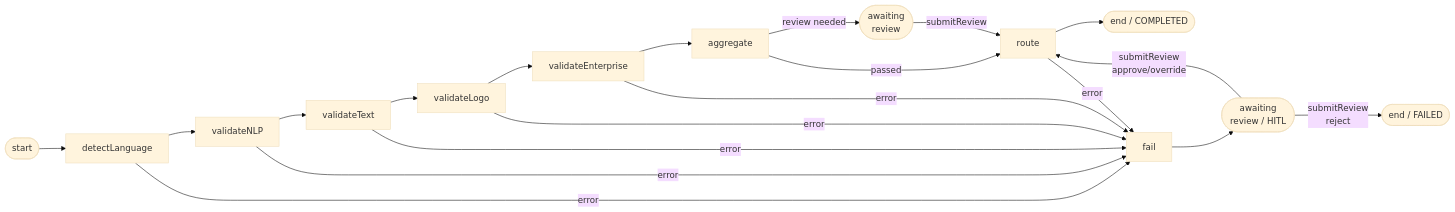
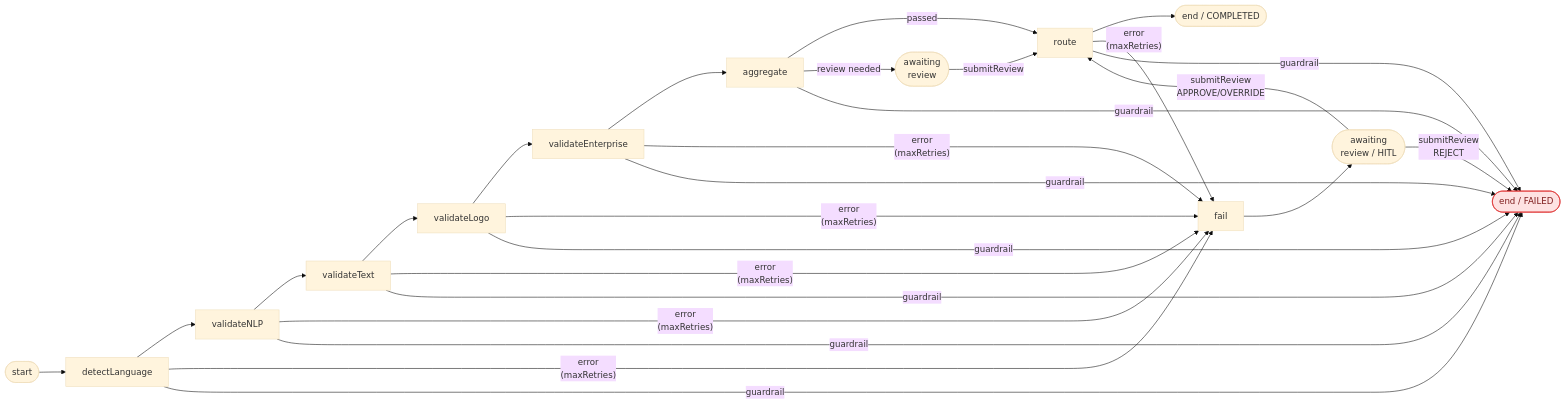
One commit to aklikic/content-validation changed the second of 2 diagrams in docs/AKKA-DESIGN.md. Above: the diagram before and after it, drawn with Mermaid (base theme). The commit also changed other lines of this file and 18 other files, not shown here.

````diff
--- a/docs/AKKA-DESIGN.md
+++ b/docs/AKKA-DESIGN.md
@@ -115,22 +115,31 @@
 ```mermaid
 flowchart LR
     S([start]) --> detectLanguage
     detectLanguage --> validateNLP
     validateNLP --> validateText
     validateText --> validateLogo
     validateLogo --> validateEnterprise
     validateEnterprise --> aggregate
     aggregate -- "passed" --> route
     aggregate -- "review needed" --> pause([awaiting\nreview])
     pause -- "submitReview" --> route
     route --> E([end / COMPLETED])
-    detectLanguage -- error --> fail
-    validateNLP -- error --> fail
-    validateText -- error --> fail
-    validateLogo -- error --> fail
-    validateEnterprise -- error --> fail
-    route -- error --> fail
+    detectLanguage -- "error\n(maxRetries)" --> fail
+    validateNLP -- "error\n(maxRetries)" --> fail
+    validateText -- "error\n(maxRetries)" --> fail
+    validateLogo -- "error\n(maxRetries)" --> fail
+    validateEnterprise -- "error\n(maxRetries)" --> fail
+    route -- "error\n(maxRetries)" --> fail
     fail --> pauseF([awaiting\nreview / HITL])
-    pauseF -- "submitReview\napprove/override" --> route
-    pauseF -- "submitReview\nreject" --> F([end / FAILED])
+    pauseF -- "submitReview\nAPPROVE/OVERRIDE" --> route
+    pauseF -- "submitReview\nREJECT" --> F([end / FAILED])
+    detectLanguage -- "guardrail" --> F
+    validateNLP -- "guardrail" --> F
+    validateText -- "guardrail" --> F
+    validateLogo -- "guardrail" --> F
+    validateEnterprise -- "guardrail" --> F
+    aggregate -- "guardrail" --> F
+    route -- "guardrail" --> F
+
+    style F fill:#fee2e2,stroke:#dc2626,color:#7f1d1d
 ```
````
